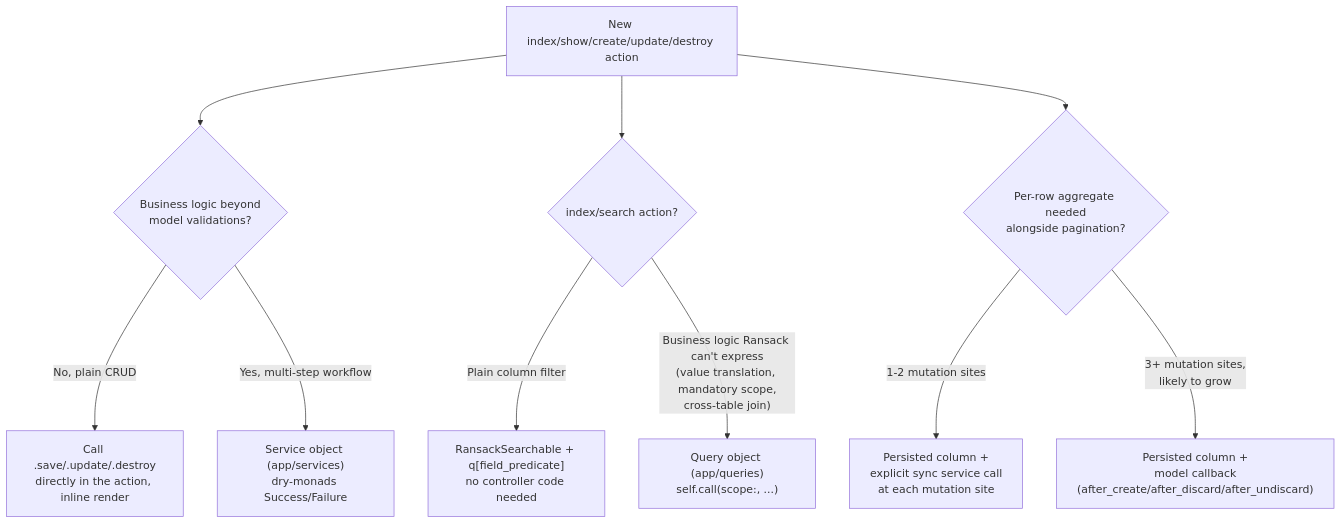
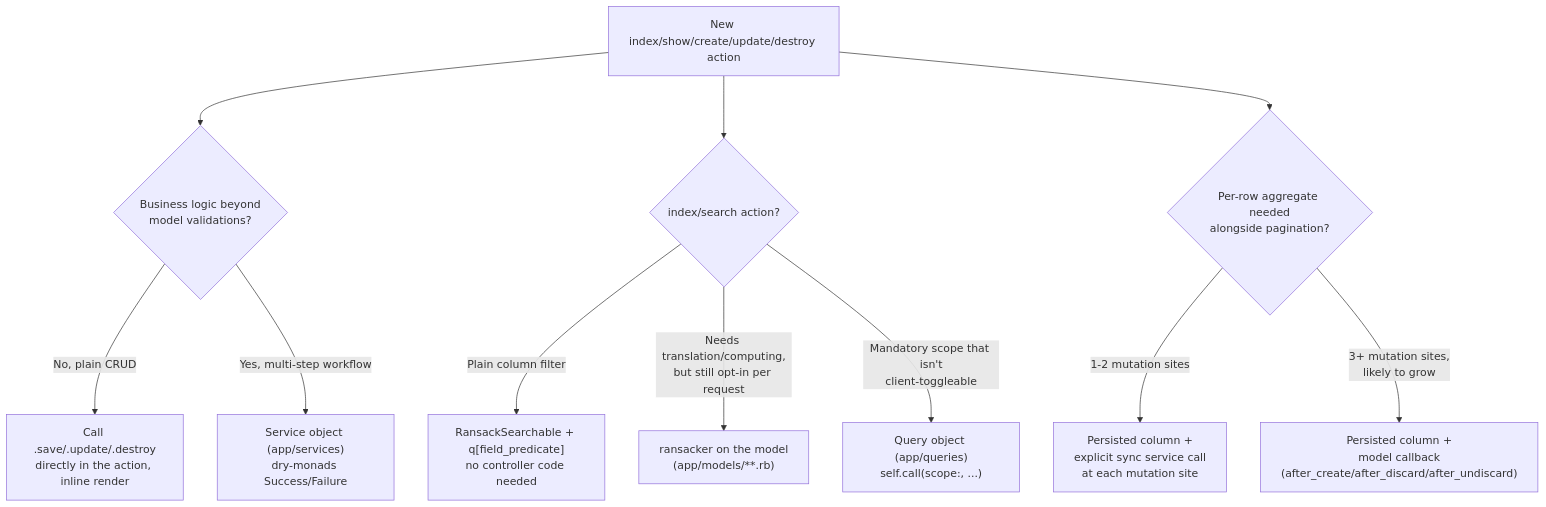
Before and after one commit to arya020595/st_dofi_backend: the diagram in docs/architecture/thin-controllers-and-query-objects.md, drawn with Mermaid. The commit also changed other lines of this file and 9 other files, not shown here.

````diff
--- a/docs/architecture/thin-controllers-and-query-objects.md
+++ b/docs/architecture/thin-controllers-and-query-objects.md
@@ -27,14 +27,15 @@
 ```mermaid
 flowchart TD
     A["New index/show/create/update/destroy action"] --> B{"Business logic beyond<br/>model validations?"}
     B -->|No, plain CRUD| C["Call .save/.update/.destroy<br/>directly in the action, inline render"]
     B -->|Yes, multi-step workflow| D["Service object (app/services)<br/>dry-monads Success/Failure"]
 
     A --> E{"index/search action?"}
     E -->|"Plain column filter"| F["RansackSearchable + q[field_predicate]<br/>no controller code needed"]
-    E -->|"Business logic Ransack can't express<br/>(value translation, mandatory scope,<br/>cross-table join)"| G["Query object (app/queries)<br/>self.call(scope:, ...)"]
+    E -->|"Needs translation/computing,<br/>but still opt-in per request"| K["ransacker on the model<br/>(app/models/**.rb)"]
+    E -->|"Mandatory scope that isn't<br/>client-toggleable"| G["Query object (app/queries)<br/>self.call(scope:, ...)"]
 
     A --> H{"Per-row aggregate needed<br/>alongside pagination?"}
     H -->|"1-2 mutation sites"| I["Persisted column +<br/>explicit sync service call<br/>at each mutation site"]
     H -->|"3+ mutation sites,<br/>likely to grow"| J["Persisted column +<br/>model callback<br/>(after_create/after_discard/after_undiscard)"]
 ```
````
